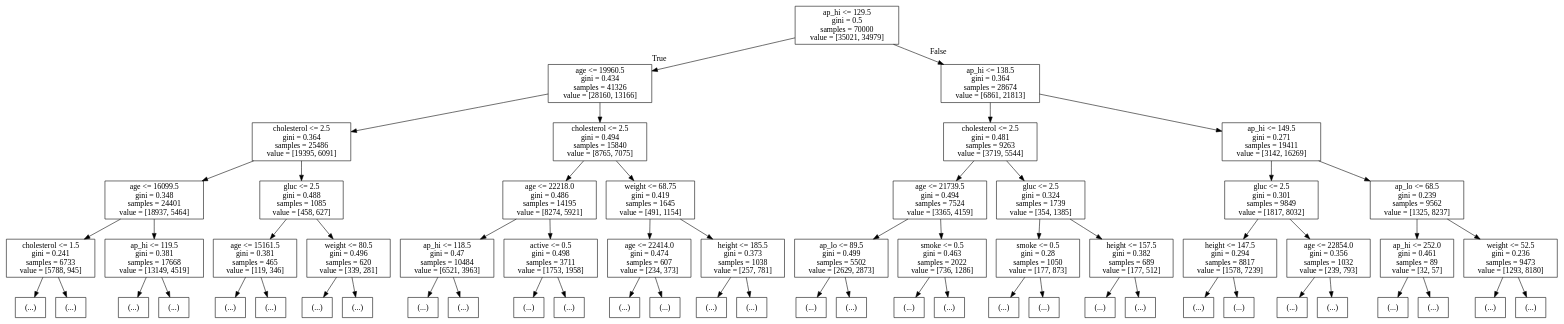
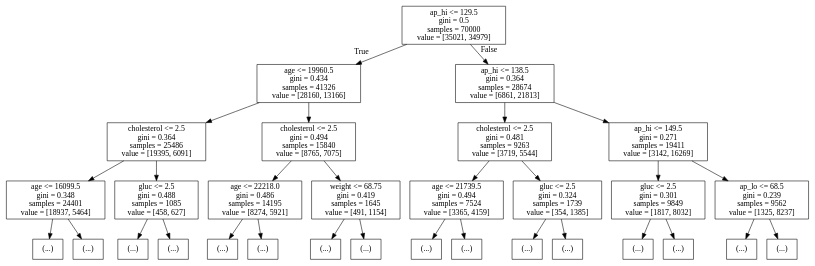
The diagram in Practica 2/tree.dot (akua21/AnalisisDatos), drawn with Graphviz before and after one commit. The commit also changed 4 other files, not shown here.

```diff
--- a/Practica 2/tree.dot
+++ b/Practica 2/tree.dot
@@ -1,128 +1,64 @@
 digraph Tree {
 node [shape=box] ;
 0 [label="ap_hi <= 129.5\ngini = 0.5\nsamples = 70000\nvalue = [35021, 34979]"] ;
 1 [label="age <= 19960.5\ngini = 0.434\nsamples = 41326\nvalue = [28160, 13166]"] ;
 0 -> 1 [labeldistance=2.5, labelangle=45, headlabel="True"] ;
 2 [label="cholesterol <= 2.5\ngini = 0.364\nsamples = 25486\nvalue = [19395, 6091]"] ;
 1 -> 2 ;
 3 [label="age <= 16099.5\ngini = 0.348\nsamples = 24401\nvalue = [18937, 5464]"] ;
 2 -> 3 ;
-4 [label="cholesterol <= 1.5\ngini = 0.241\nsamples = 6733\nvalue = [5788, 945]"] ;
+4 [label="(...)"] ;
 3 -> 4 ;
-5 [label="(...)"] ;
-4 -> 5 ;
-2346 [label="(...)"] ;
-4 -> 2346 ;
-2699 [label="ap_hi <= 119.5\ngini = 0.381\nsamples = 17668\nvalue = [13149, 4519]"] ;
-3 -> 2699 ;
-2700 [label="(...)"] ;
-2699 -> 2700 ;
-5451 [label="(...)"] ;
-2699 -> 5451 ;
-12974 [label="gluc <= 2.5\ngini = 0.488\nsamples = 1085\nvalue = [458, 627]"] ;
-2 -> 12974 ;
-12975 [label="age <= 15161.5\ngini = 0.381\nsamples = 465\nvalue = [119, 346]"] ;
-12974 -> 12975 ;
-12976 [label="(...)"] ;
-12975 -> 12976 ;
-12991 [label="(...)"] ;
-12975 -> 12991 ;
-13224 [label="weight <= 80.5\ngini = 0.496\nsamples = 620\nvalue = [339, 281]"] ;
-12974 -> 13224 ;
-13225 [label="(...)"] ;
-13224 -> 13225 ;
-13556 [label="(...)"] ;
-13224 -> 13556 ;
-13629 [label="cholesterol <= 2.5\ngini = 0.494\nsamples = 15840\nvalue = [8765, 7075]"] ;
-1 -> 13629 ;
-13630 [label="age <= 22218.0\ngini = 0.486\nsamples = 14195\nvalue = [8274, 5921]"] ;
-13629 -> 13630 ;
-13631 [label="ap_hi <= 118.5\ngini = 0.47\nsamples = 10484\nvalue = [6521, 3963]"] ;
-13630 -> 13631 ;
-13632 [label="(...)"] ;
-13631 -> 13632 ;
-15143 [label="(...)"] ;
-13631 -> 15143 ;
-20780 [label="active <= 0.5\ngini = 0.498\nsamples = 3711\nvalue = [1753, 1958]"] ;
-13630 -> 20780 ;
-20781 [label="(...)"] ;
-20780 -> 20781 ;
-21290 [label="(...)"] ;
-20780 -> 21290 ;
-23361 [label="weight <= 68.75\ngini = 0.419\nsamples = 1645\nvalue = [491, 1154]"] ;
-13629 -> 23361 ;
-23362 [label="age <= 22414.0\ngini = 0.474\nsamples = 607\nvalue = [234, 373]"] ;
-23361 -> 23362 ;
-23363 [label="(...)"] ;
-23362 -> 23363 ;
-23672 [label="(...)"] ;
-23362 -> 23672 ;
-23775 [label="height <= 185.5\ngini = 0.373\nsamples = 1038\nvalue = [257, 781]"] ;
-23361 -> 23775 ;
-23776 [label="(...)"] ;
-23775 -> 23776 ;
-24319 [label="(...)"] ;
-23775 -> 24319 ;
-24320 [label="ap_hi <= 138.5\ngini = 0.364\nsamples = 28674\nvalue = [6861, 21813]"] ;
-0 -> 24320 [labeldistance=2.5, labelangle=-45, headlabel="False"] ;
-24321 [label="cholesterol <= 2.5\ngini = 0.481\nsamples = 9263\nvalue = [3719, 5544]"] ;
-24320 -> 24321 ;
-24322 [label="age <= 21739.5\ngini = 0.494\nsamples = 7524\nvalue = [3365, 4159]"] ;
-24321 -> 24322 ;
-24323 [label="ap_lo <= 89.5\ngini = 0.499\nsamples = 5502\nvalue = [2629, 2873]"] ;
-24322 -> 24323 ;
-24324 [label="(...)"] ;
-24323 -> 24324 ;
-26539 [label="(...)"] ;
-24323 -> 26539 ;
-28058 [label="smoke <= 0.5\ngini = 0.463\nsamples = 2022\nvalue = [736, 1286]"] ;
-24322 -> 28058 ;
-28059 [label="(...)"] ;
-28058 -> 28059 ;
-29254 [label="(...)"] ;
-28058 -> 29254 ;
-29371 [label="gluc <= 2.5\ngini = 0.324\nsamples = 1739\nvalue = [354, 1385]"] ;
-24321 -> 29371 ;
-29372 [label="smoke <= 0.5\ngini = 0.28\nsamples = 1050\nvalue = [177, 873]"] ;
-29371 -> 29372 ;
-29373 [label="(...)"] ;
-29372 -> 29373 ;
-29810 [label="(...)"] ;
-29372 -> 29810 ;
-29863 [label="height <= 157.5\ngini = 0.382\nsamples = 689\nvalue = [177, 512]"] ;
-29371 -> 29863 ;
-29864 [label="(...)"] ;
-29863 -> 29864 ;
-29927 [label="(...)"] ;
-29863 -> 29927 ;
-30228 [label="ap_hi <= 149.5\ngini = 0.271\nsamples = 19411\nvalue = [3142, 16269]"] ;
-24320 -> 30228 ;
-30229 [label="gluc <= 2.5\ngini = 0.301\nsamples = 9849\nvalue = [1817, 8032]"] ;
-30228 -> 30229 ;
-30230 [label="height <= 147.5\ngini = 0.294\nsamples = 8817\nvalue = [1578, 7239]"] ;
-30229 -> 30230 ;
-30231 [label="(...)"] ;
-30230 -> 30231 ;
-30306 [label="(...)"] ;
-30230 -> 30306 ;
-34357 [label="age <= 22854.0\ngini = 0.356\nsamples = 1032\nvalue = [239, 793]"] ;
-30229 -> 34357 ;
-34358 [label="(...)"] ;
-34357 -> 34358 ;
-34863 [label="(...)"] ;
-34357 -> 34863 ;
-34914 [label="ap_lo <= 68.5\ngini = 0.239\nsamples = 9562\nvalue = [1325, 8237]"] ;
-30228 -> 34914 ;
-34915 [label="ap_hi <= 252.0\ngini = 0.461\nsamples = 89\nvalue = [32, 57]"] ;
-34914 -> 34915 ;
-34916 [label="(...)"] ;
-34915 -> 34916 ;
-34971 [label="(...)"] ;
-34915 -> 34971 ;
-34974 [label="weight <= 52.5\ngini = 0.236\nsamples = 9473\nvalue = [1293, 8180]"] ;
-34914 -> 34974 ;
-34975 [label="(...)"] ;
-34974 -> 34975 ;
-35052 [label="(...)"] ;
-34974 -> 35052 ;
+2705 [label="(...)"] ;
+3 -> 2705 ;
+12942 [label="gluc <= 2.5\ngini = 0.488\nsamples = 1085\nvalue = [458, 627]"] ;
+2 -> 12942 ;
+12943 [label="(...)"] ;
+12942 -> 12943 ;
+13190 [label="(...)"] ;
+12942 -> 13190 ;
+13601 [label="cholesterol <= 2.5\ngini = 0.494\nsamples = 15840\nvalue = [8765, 7075]"] ;
+1 -> 13601 ;
+13602 [label="age <= 22218.0\ngini = 0.486\nsamples = 14195\nvalue = [8274, 5921]"] ;
+13601 -> 13602 ;
+13603 [label="(...)"] ;
+13602 -> 13603 ;
+20738 [label="(...)"] ;
+13602 -> 20738 ;
+23325 [label="weight <= 68.75\ngini = 0.419\nsamples = 1645\nvalue = [491, 1154]"] ;
+13601 -> 23325 ;
+23326 [label="(...)"] ;
+23325 -> 23326 ;
+23741 [label="(...)"] ;
+23325 -> 23741 ;
+24284 [label="ap_hi <= 138.5\ngini = 0.364\nsamples = 28674\nvalue = [6861, 21813]"] ;
+0 -> 24284 [labeldistance=2.5, labelangle=-45, headlabel="False"] ;
+24285 [label="cholesterol <= 2.5\ngini = 0.481\nsamples = 9263\nvalue = [3719, 5544]"] ;
+24284 -> 24285 ;
+24286 [label="age <= 21739.5\ngini = 0.494\nsamples = 7524\nvalue = [3365, 4159]"] ;
+24285 -> 24286 ;
+24287 [label="(...)"] ;
+24286 -> 24287 ;
+28036 [label="(...)"] ;
+24286 -> 28036 ;
+29331 [label="gluc <= 2.5\ngini = 0.324\nsamples = 1739\nvalue = [354, 1385]"] ;
+24285 -> 29331 ;
+29332 [label="(...)"] ;
+29331 -> 29332 ;
+29823 [label="(...)"] ;
+29331 -> 29823 ;
+30190 [label="ap_hi <= 149.5\ngini = 0.271\nsamples = 19411\nvalue = [3142, 16269]"] ;
+24284 -> 30190 ;
+30191 [label="gluc <= 2.5\ngini = 0.301\nsamples = 9849\nvalue = [1817, 8032]"] ;
+30190 -> 30191 ;
+30192 [label="(...)"] ;
+30191 -> 30192 ;
+34313 [label="(...)"] ;
+30191 -> 34313 ;
+34864 [label="ap_lo <= 68.5\ngini = 0.239\nsamples = 9562\nvalue = [1325, 8237]"] ;
+30190 -> 34864 ;
+34865 [label="(...)"] ;
+34864 -> 34865 ;
+34922 [label="(...)"] ;
+34864 -> 34922 ;
 }
```
